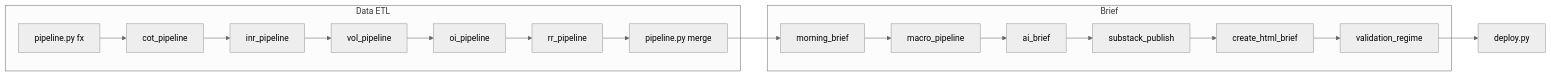
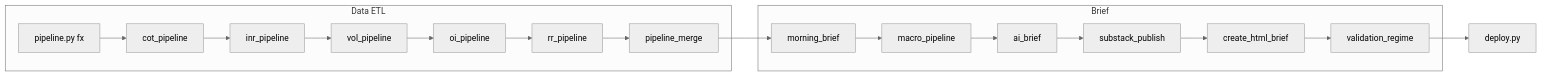
One commit to fxregimelab/fx-regime-lab changed the diagram in docs/CODEBASE_AND_PROJECT_REFERENCE.md. Above: the diagram before and after it, drawn with Mermaid (neutral theme). The commit also changed other lines of this file and 55 other files, not shown here.

````diff
--- a/docs/CODEBASE_AND_PROJECT_REFERENCE.md
+++ b/docs/CODEBASE_AND_PROJECT_REFERENCE.md
@@ -74,22 +75,22 @@
 ```mermaid
 flowchart LR
   subgraph etl [Data ETL]
     fx[pipeline.py fx]
     cot[cot_pipeline]
     inr[inr_pipeline]
     vol[vol_pipeline]
     oi[oi_pipeline]
     rr[rr_pipeline]
-    merge[pipeline.py merge]
+    merge[pipeline_merge]
   end
   subgraph brief [Brief]
     text[morning_brief]
     macro[macro_pipeline]
     ai[ai_brief]
     substack[substack_publish]
     html[create_html_brief]
     validate[validation_regime]
   end
   fx --> cot --> inr --> vol --> oi --> rr --> merge
   merge --> text --> macro --> ai --> substack --> html --> validate --> deploy[deploy.py]
 ```
````
